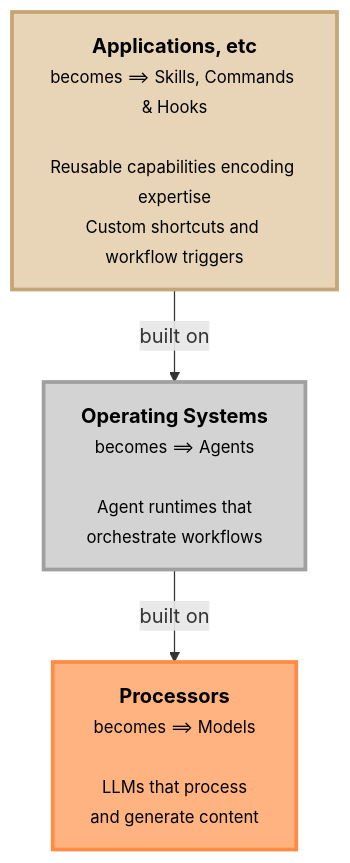
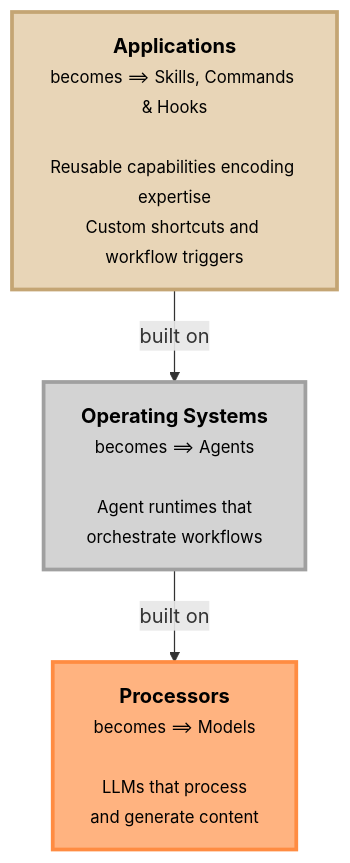
One commit to breezeight/nicola_blog changed the diagram in docs/ai/claude.md. Above: the diagram before and after it, drawn with Mermaid.

````diff
--- a/docs/ai/claude.md
+++ b/docs/ai/claude.md
@@ -109,13 +109,13 @@
 ```mermaid
 flowchart TD
-    Skills["<b>Applications, etc</b><br/><small>becomes ==> Skills, Commands & Hooks</small><br/><br/><small>Reusable capabilities encoding expertise<br/>Custom shortcuts and workflow triggers</small>"]
+    Skills["<b>Applications</b><br/><small>becomes ==> Skills, Commands & Hooks</small><br/><br/><small>Reusable capabilities encoding expertise<br/>Custom shortcuts and workflow triggers</small>"]
     Agents["<b>Operating Systems</b><br/><small>becomes ==> Agents</small><br/><br/><small>Agent runtimes that<br/>orchestrate workflows</small>"]
     Models["<b>Processors</b><br/><small>becomes ==> Models</small><br/><br/><small>LLMs that process<br/>and generate content</small>"]
     
     Skills -->|built on| Agents
     Agents -->|built on| Models
     
     style Skills fill:#E8D5B7,stroke:#C4A574,stroke-width:3px,color:#000000
     style Agents fill:#D3D3D3,stroke:#A0A0A0,stroke-width:3px,color:#000000
     style Models fill:#FFB380,stroke:#FF8C42,stroke-width:3px,color:#000000
 ```
````
